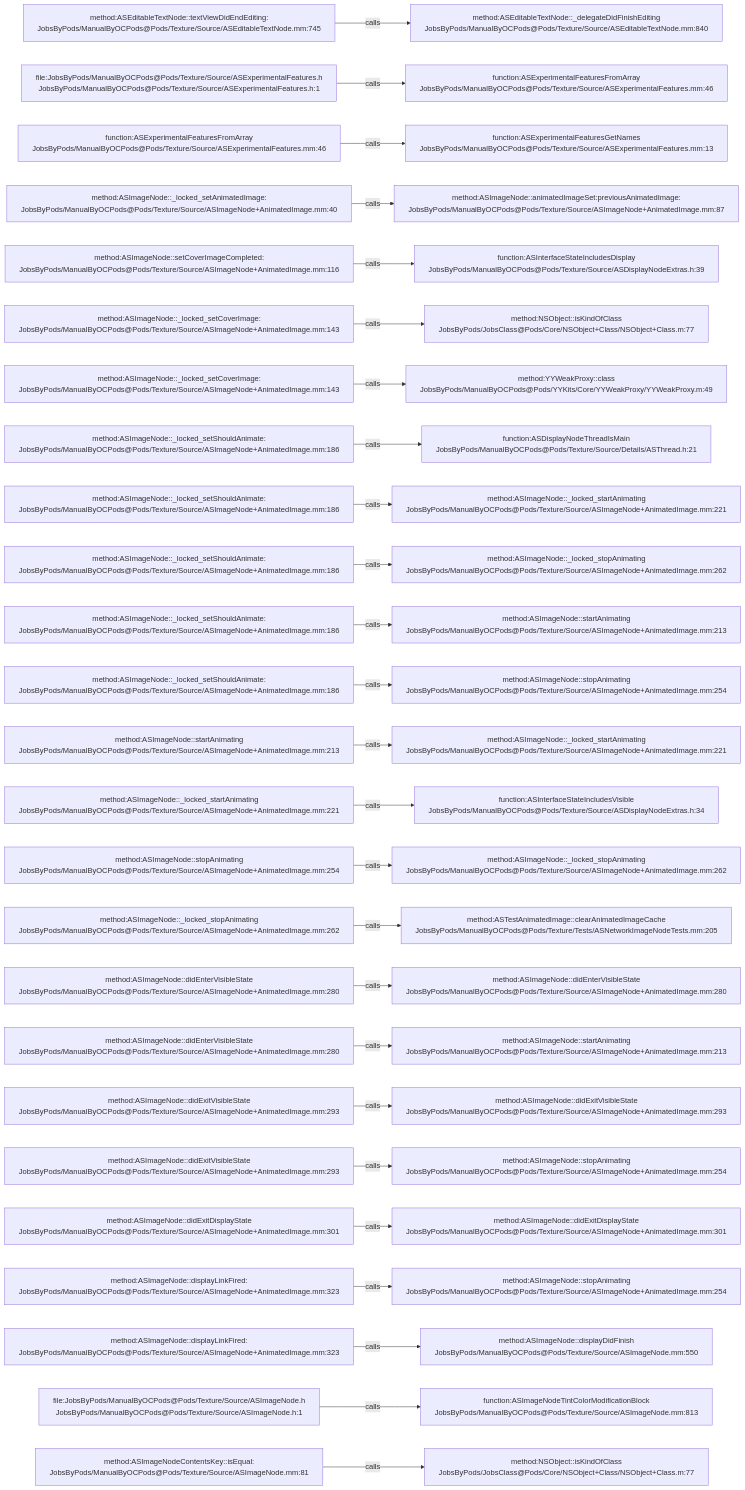
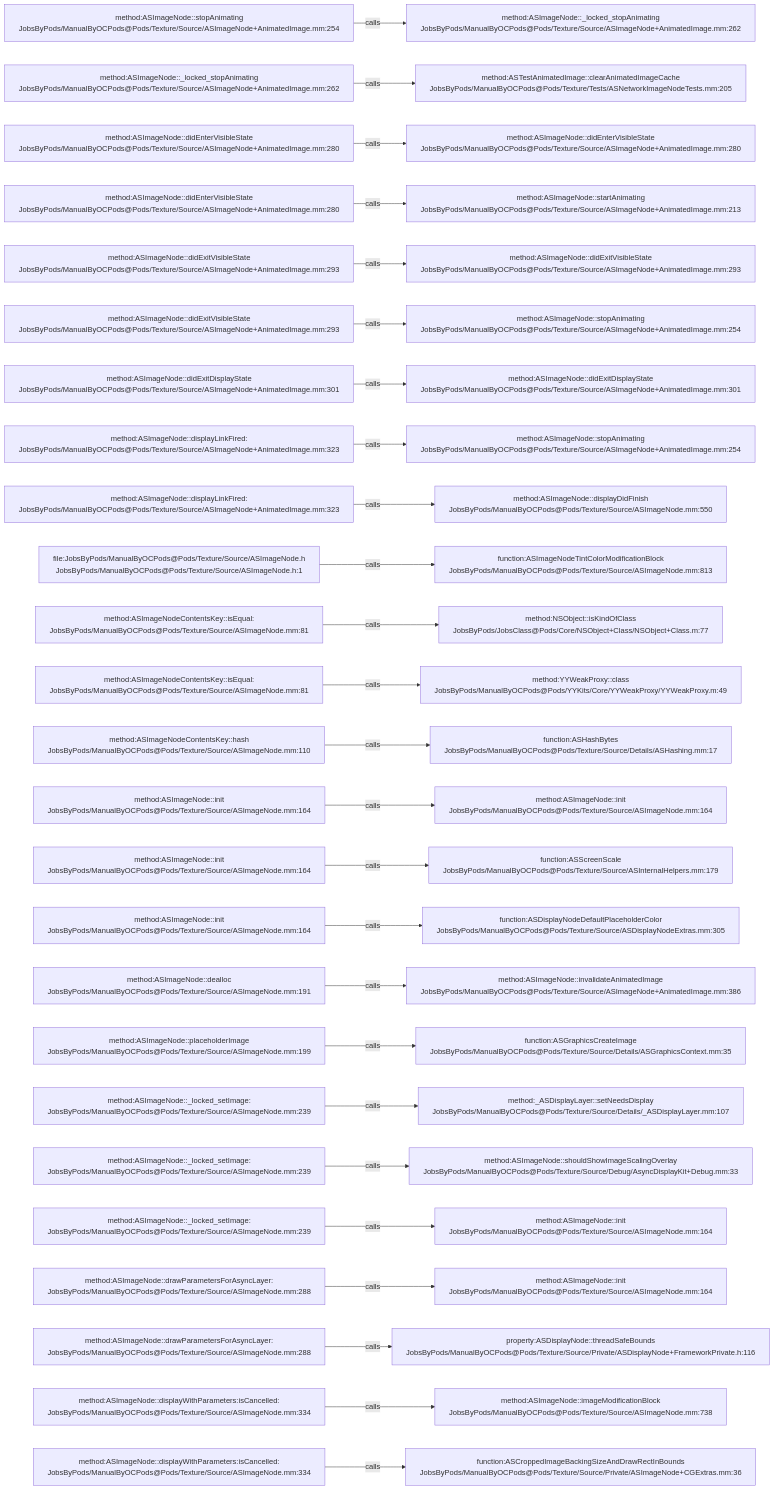
Before and after one commit to JobsKits/JobsOCBaseConfigDemo: the diagram in .codegraph/codegraph.md/graphs/calls-110.md, drawn with Mermaid. The commit also changed 296 other files, not shown here.

````diff
--- a/.codegraph/codegraph.md/graphs/calls-110.md
+++ b/.codegraph/codegraph.md/graphs/calls-110.md
@@ -13,78 +13,78 @@
 ```mermaid
 flowchart LR
-  S1["method:ASEditableTextNode::textViewDidEndEditing:<br/>JobsByPods/ManualByOCPods@Pods/Texture/Source/ASEditableTextNode.mm:745"]
-  T1["method:ASEditableTextNode::_delegateDidFinishEditing<br/>JobsByPods/ManualByOCPods@Pods/Texture/Source/ASEditableTextNode.mm:840"]
+  S1["method:ASImageNode::stopAnimating<br/>JobsByPods/ManualByOCPods@Pods/Texture/Source/ASImageNode+AnimatedImage.mm:254"]
+  T1["method:ASImageNode::_locked_stopAnimating<br/>JobsByPods/ManualByOCPods@Pods/Texture/Source/ASImageNode+AnimatedImage.mm:262"]
   S1 -->|calls| T1
-  S2["file:JobsByPods/ManualByOCPods@Pods/Texture/Source/ASExperimentalFeatures.h<br/>JobsByPods/ManualByOCPods@Pods/Texture/Source/ASExperimentalFeatures.h:1"]
-  T2["function:ASExperimentalFeaturesFromArray<br/>JobsByPods/ManualByOCPods@Pods/Texture/Source/ASExperimentalFeatures.mm:46"]
+  S2["method:ASImageNode::_locked_stopAnimating<br/>JobsByPods/ManualByOCPods@Pods/Texture/Source/ASImageNode+AnimatedImage.mm:262"]
+  T2["method:ASTestAnimatedImage::clearAnimatedImageCache<br/>JobsByPods/ManualByOCPods@Pods/Texture/Tests/ASNetworkImageNodeTests.mm:205"]
   S2 -->|calls| T2
-  S3["function:ASExperimentalFeaturesFromArray<br/>JobsByPods/ManualByOCPods@Pods/Texture/Source/ASExperimentalFeatures.mm:46"]
-  T3["function:ASExperimentalFeaturesGetNames<br/>JobsByPods/ManualByOCPods@Pods/Texture/Source/ASExperimentalFeatures.mm:13"]
+  S3["method:ASImageNode::didEnterVisibleState<br/>JobsByPods/ManualByOCPods@Pods/Texture/Source/ASImageNode+AnimatedImage.mm:280"]
+  T3["method:ASImageNode::didEnterVisibleState<br/>JobsByPods/ManualByOCPods@Pods/Texture/Source/ASImageNode+AnimatedImage.mm:280"]
   S3 -->|calls| T3
-  S4["method:ASImageNode::_locked_setAnimatedImage:<br/>JobsByPods/ManualByOCPods@Pods/Texture/Source/ASImageNode+AnimatedImage.mm:40"]
-  T4["method:ASImageNode::animatedImageSet:previousAnimatedImage:<br/>JobsByPods/ManualByOCPods@Pods/Texture/Source/ASImageNode+AnimatedImage.mm:87"]
+  S4["method:ASImageNode::didEnterVisibleState<br/>JobsByPods/ManualByOCPods@Pods/Texture/Source/ASImageNode+AnimatedImage.mm:280"]
+  T4["method:ASImageNode::startAnimating<br/>JobsByPods/ManualByOCPods@Pods/Texture/Source/ASImageNode+AnimatedImage.mm:213"]
   S4 -->|calls| T4
-  S5["method:ASImageNode::setCoverImageCompleted:<br/>JobsByPods/ManualByOCPods@Pods/Texture/Source/ASImageNode+AnimatedImage.mm:116"]
-  T5["function:ASInterfaceStateIncludesDisplay<br/>JobsByPods/ManualByOCPods@Pods/Texture/Source/ASDisplayNodeExtras.h:39"]
+  S5["method:ASImageNode::didExitVisibleState<br/>JobsByPods/ManualByOCPods@Pods/Texture/Source/ASImageNode+AnimatedImage.mm:293"]
+  T5["method:ASImageNode::didExitVisibleState<br/>JobsByPods/ManualByOCPods@Pods/Texture/Source/ASImageNode+AnimatedImage.mm:293"]
   S5 -->|calls| T5
-  S6["method:ASImageNode::_locked_setCoverImage:<br/>JobsByPods/ManualByOCPods@Pods/Texture/Source/ASImageNode+AnimatedImage.mm:143"]
-  T6["method:NSObject::isKindOfClass<br/>JobsByPods/JobsClass@Pods/Core/NSObject+Class/NSObject+Class.m:77"]
+  S6["method:ASImageNode::didExitVisibleState<br/>JobsByPods/ManualByOCPods@Pods/Texture/Source/ASImageNode+AnimatedImage.mm:293"]
+  T6["method:ASImageNode::stopAnimating<br/>JobsByPods/ManualByOCPods@Pods/Texture/Source/ASImageNode+AnimatedImage.mm:254"]
   S6 -->|calls| T6
-  S7["method:ASImageNode::_locked_setCoverImage:<br/>JobsByPods/ManualByOCPods@Pods/Texture/Source/ASImageNode+AnimatedImage.mm:143"]
-  T7["method:YYWeakProxy::class<br/>JobsByPods/ManualByOCPods@Pods/YYKits/Core/YYWeakProxy/YYWeakProxy.m:49"]
+  S7["method:ASImageNode::didExitDisplayState<br/>JobsByPods/ManualByOCPods@Pods/Texture/Source/ASImageNode+AnimatedImage.mm:301"]
+  T7["method:ASImageNode::didExitDisplayState<br/>JobsByPods/ManualByOCPods@Pods/Texture/Source/ASImageNode+AnimatedImage.mm:301"]
   S7 -->|calls| T7
-  S8["method:ASImageNode::_locked_setShouldAnimate:<br/>JobsByPods/ManualByOCPods@Pods/Texture/Source/ASImageNode+AnimatedImage.mm:186"]
-  T8["function:ASDisplayNodeThreadIsMain<br/>JobsByPods/ManualByOCPods@Pods/Texture/Source/Details/ASThread.h:21"]
+  S8["method:ASImageNode::displayLinkFired:<br/>JobsByPods/ManualByOCPods@Pods/Texture/Source/ASImageNode+AnimatedImage.mm:323"]
+  T8["method:ASImageNode::stopAnimating<br/>JobsByPods/ManualByOCPods@Pods/Texture/Source/ASImageNode+AnimatedImage.mm:254"]
   S8 -->|calls| T8
-  S9["method:ASImageNode::_locked_setShouldAnimate:<br/>JobsByPods/ManualByOCPods@Pods/Texture/Source/ASImageNode+AnimatedImage.mm:186"]
-  T9["method:ASImageNode::_locked_startAnimating<br/>JobsByPods/ManualByOCPods@Pods/Texture/Source/ASImageNode+AnimatedImage.mm:221"]
+  S9["method:ASImageNode::displayLinkFired:<br/>JobsByPods/ManualByOCPods@Pods/Texture/Source/ASImageNode+AnimatedImage.mm:323"]
+  T9["method:ASImageNode::displayDidFinish<br/>JobsByPods/ManualByOCPods@Pods/Texture/Source/ASImageNode.mm:550"]
   S9 -->|calls| T9
-  S10["method:ASImageNode::_locked_setShouldAnimate:<br/>JobsByPods/ManualByOCPods@Pods/Texture/Source/ASImageNode+AnimatedImage.mm:186"]
-  T10["method:ASImageNode::_locked_stopAnimating<br/>JobsByPods/ManualByOCPods@Pods/Texture/Source/ASImageNode+AnimatedImage.mm:262"]
+  S10["file:JobsByPods/ManualByOCPods@Pods/Texture/Source/ASImageNode.h<br/>JobsByPods/ManualByOCPods@Pods/Texture/Source/ASImageNode.h:1"]
+  T10["function:ASImageNodeTintColorModificationBlock<br/>JobsByPods/ManualByOCPods@Pods/Texture/Source/ASImageNode.mm:813"]
   S10 -->|calls| T10
-  S11["method:ASImageNode::_locked_setShouldAnimate:<br/>JobsByPods/ManualByOCPods@Pods/Texture/Source/ASImageNode+AnimatedImage.mm:186"]
-  T11["method:ASImageNode::startAnimating<br/>JobsByPods/ManualByOCPods@Pods/Texture/Source/ASImageNode+AnimatedImage.mm:213"]
+  S11["method:ASImageNodeContentsKey::isEqual:<br/>JobsByPods/ManualByOCPods@Pods/Texture/Source/ASImageNode.mm:81"]
+  T11["method:NSObject::isKindOfClass<br/>JobsByPods/JobsClass@Pods/Core/NSObject+Class/NSObject+Class.m:77"]
   S11 -->|calls| T11
-  S12["method:ASImageNode::_locked_setShouldAnimate:<br/>JobsByPods/ManualByOCPods@Pods/Texture/Source/ASImageNode+AnimatedImage.mm:186"]
-  T12["method:ASImageNode::stopAnimating<br/>JobsByPods/ManualByOCPods@Pods/Texture/Source/ASImageNode+AnimatedImage.mm:254"]
+  S12["method:ASImageNodeContentsKey::isEqual:<br/>JobsByPods/ManualByOCPods@Pods/Texture/Source/ASImageNode.mm:81"]
+  T12["method:YYWeakProxy::class<br/>JobsByPods/ManualByOCPods@Pods/YYKits/Core/YYWeakProxy/YYWeakProxy.m:49"]
   S12 -->|calls| T12
-  S13["method:ASImageNode::startAnimating<br/>JobsByPods/ManualByOCPods@Pods/Texture/Source/ASImageNode+AnimatedImage.mm:213"]
-  T13["method:ASImageNode::_locked_startAnimating<br/>JobsByPods/ManualByOCPods@Pods/Texture/Source/ASImageNode+AnimatedImage.mm:221"]
+  S13["method:ASImageNodeContentsKey::hash<br/>JobsByPods/ManualByOCPods@Pods/Texture/Source/ASImageNode.mm:110"]
+  T13["function:ASHashBytes<br/>JobsByPods/ManualByOCPods@Pods/Texture/Source/Details/ASHashing.mm:17"]
   S13 -->|calls| T13
-  S14["method:ASImageNode::_locked_startAnimating<br/>JobsByPods/ManualByOCPods@Pods/Texture/Source/ASImageNode+AnimatedImage.mm:221"]
-  T14["function:ASInterfaceStateIncludesVisible<br/>JobsByPods/ManualByOCPods@Pods/Texture/Source/ASDisplayNodeExtras.h:34"]
+  S14["method:ASImageNode::init<br/>JobsByPods/ManualByOCPods@Pods/Texture/Source/ASImageNode.mm:164"]
+  T14["method:ASImageNode::init<br/>JobsByPods/ManualByOCPods@Pods/Texture/Source/ASImageNode.mm:164"]
   S14 -->|calls| T14
-  S15["method:ASImageNode::stopAnimating<br/>JobsByPods/ManualByOCPods@Pods/Texture/Source/ASImageNode+AnimatedImage.mm:254"]
-  T15["method:ASImageNode::_locked_stopAnimating<br/>JobsByPods/ManualByOCPods@Pods/Texture/Source/ASImageNode+AnimatedImage.mm:262"]
+  S15["method:ASImageNode::init<br/>JobsByPods/ManualByOCPods@Pods/Texture/Source/ASImageNode.mm:164"]
+  T15["function:ASScreenScale<br/>JobsByPods/ManualByOCPods@Pods/Texture/Source/ASInternalHelpers.mm:179"]
   S15 -->|calls| T15
-  S16["method:ASImageNode::_locked_stopAnimating<br/>JobsByPods/ManualByOCPods@Pods/Texture/Source/ASImageNode+AnimatedImage.mm:262"]
-  T16["method:ASTestAnimatedImage::clearAnimatedImageCache<br/>JobsByPods/ManualByOCPods@Pods/Texture/Tests/ASNetworkImageNodeTests.mm:205"]
+  S16["method:ASImageNode::init<br/>JobsByPods/ManualByOCPods@Pods/Texture/Source/ASImageNode.mm:164"]
+  T16["function:ASDisplayNodeDefaultPlaceholderColor<br/>JobsByPods/ManualByOCPods@Pods/Texture/Source/ASDisplayNodeExtras.mm:305"]
   S16 -->|calls| T16
-  S17["method:ASImageNode::didEnterVisibleState<br/>JobsByPods/ManualByOCPods@Pods/Texture/Source/ASImageNode+AnimatedImage.mm:280"]
-  T17["method:ASImageNode::didEnterVisibleState<br/>JobsByPods/ManualByOCPods@Pods/Texture/Source/ASImageNode+AnimatedImage.mm:280"]
+  S17["method:ASImageNode::dealloc<br/>JobsByPods/ManualByOCPods@Pods/Texture/Source/ASImageNode.mm:191"]
+  T17["method:ASImageNode::invalidateAnimatedImage<br/>JobsByPods/ManualByOCPods@Pods/Texture/Source/ASImageNode+AnimatedImage.mm:386"]
   S17 -->|calls| T17
-  S18["method:ASImageNode::didEnterVisibleState<br/>JobsByPods/ManualByOCPods@Pods/Texture/Source/ASImageNode+AnimatedImage.mm:280"]
-  T18["method:ASImageNode::startAnimating<br/>JobsByPods/ManualByOCPods@Pods/Texture/Source/ASImageNode+AnimatedImage.mm:213"]
+  S18["method:ASImageNode::placeholderImage<br/>JobsByPods/ManualByOCPods@Pods/Texture/Source/ASImageNode.mm:199"]
+  T18["function:ASGraphicsCreateImage<br/>JobsByPods/ManualByOCPods@Pods/Texture/Source/Details/ASGraphicsContext.mm:35"]
   S18 -->|calls| T18
-  S19["method:ASImageNode::didExitVisibleState<br/>JobsByPods/ManualByOCPods@Pods/Texture/Source/ASImageNode+AnimatedImage.mm:293"]
-  T19["method:ASImageNode::didExitVisibleState<br/>JobsByPods/ManualByOCPods@Pods/Texture/Source/ASImageNode+AnimatedImage.mm:293"]
+  S19["method:ASImageNode::_locked_setImage:<br/>JobsByPods/ManualByOCPods@Pods/Texture/Source/ASImageNode.mm:239"]
+  T19["method:_ASDisplayLayer::setNeedsDisplay<br/>JobsByPods/ManualByOCPods@Pods/Texture/Source/Details/_ASDisplayLayer.mm:107"]
   S19 -->|calls| T19
-  S20["method:ASImageNode::didExitVisibleState<br/>JobsByPods/ManualByOCPods@Pods/Texture/Source/ASImageNode+AnimatedImage.mm:293"]
-  T20["method:ASImageNode::stopAnimating<br/>JobsByPods/ManualByOCPods@Pods/Texture/Source/ASImageNode+AnimatedImage.mm:254"]
+  S20["method:ASImageNode::_locked_setImage:<br/>JobsByPods/ManualByOCPods@Pods/Texture/Source/ASImageNode.mm:239"]
+  T20["method:ASImageNode::shouldShowImageScalingOverlay<br/>JobsByPods/ManualByOCPods@Pods/Texture/Source/Debug/AsyncDisplayKit+Debug.mm:33"]
   S20 -->|calls| T20
-  S21["method:ASImageNode::didExitDisplayState<br/>JobsByPods/ManualByOCPods@Pods/Texture/Source/ASImageNode+AnimatedImage.mm:301"]
-  T21["method:ASImageNode::didExitDisplayState<br/>JobsByPods/ManualByOCPods@Pods/Texture/Source/ASImageNode+AnimatedImage.mm:301"]
+  S21["method:ASImageNode::_locked_setImage:<br/>JobsByPods/ManualByOCPods@Pods/Texture/Source/ASImageNode.mm:239"]
+  T21["method:ASImageNode::init<br/>JobsByPods/ManualByOCPods@Pods/Texture/Source/ASImageNode.mm:164"]
   S21 -->|calls| T21
-  S22["method:ASImageNode::displayLinkFired:<br/>JobsByPods/ManualByOCPods@Pods/Texture/Source/ASImageNode+AnimatedImage.mm:323"]
-  T22["method:ASImageNode::stopAnimating<br/>JobsByPods/ManualByOCPods@Pods/Texture/Source/ASImageNode+AnimatedImage.mm:254"]
+  S22["method:ASImageNode::drawParametersForAsyncLayer:<br/>JobsByPods/ManualByOCPods@Pods/Texture/Source/ASImageNode.mm:288"]
+  T22["method:ASImageNode::init<br/>JobsByPods/ManualByOCPods@Pods/Texture/Source/ASImageNode.mm:164"]
   S22 -->|calls| T22
-  S23["method:ASImageNode::displayLinkFired:<br/>JobsByPods/ManualByOCPods@Pods/Texture/Source/ASImageNode+AnimatedImage.mm:323"]
-  T23["method:ASImageNode::displayDidFinish<br/>JobsByPods/ManualByOCPods@Pods/Texture/Source/ASImageNode.mm:550"]
+  S23["method:ASImageNode::drawParametersForAsyncLayer:<br/>JobsByPods/ManualByOCPods@Pods/Texture/Source/ASImageNode.mm:288"]
+  T23["property:ASDisplayNode::threadSafeBounds<br/>JobsByPods/ManualByOCPods@Pods/Texture/Source/Private/ASDisplayNode+FrameworkPrivate.h:116"]
   S23 -->|calls| T23
-  S24["file:JobsByPods/ManualByOCPods@Pods/Texture/Source/ASImageNode.h<br/>JobsByPods/ManualByOCPods@Pods/Texture/Source/ASImageNode.h:1"]
-  T24["function:ASImageNodeTintColorModificationBlock<br/>JobsByPods/ManualByOCPods@Pods/Texture/Source/ASImageNode.mm:813"]
+  S24["method:ASImageNode::displayWithParameters:isCancelled:<br/>JobsByPods/ManualByOCPods@Pods/Texture/Source/ASImageNode.mm:334"]
+  T24["method:ASImageNode::imageModificationBlock<br/>JobsByPods/ManualByOCPods@Pods/Texture/Source/ASImageNode.mm:738"]
   S24 -->|calls| T24
-  S25["method:ASImageNodeContentsKey::isEqual:<br/>JobsByPods/ManualByOCPods@Pods/Texture/Source/ASImageNode.mm:81"]
-  T25["method:NSObject::isKindOfClass<br/>JobsByPods/JobsClass@Pods/Core/NSObject+Class/NSObject+Class.m:77"]
+  S25["method:ASImageNode::displayWithParameters:isCancelled:<br/>JobsByPods/ManualByOCPods@Pods/Texture/Source/ASImageNode.mm:334"]
+  T25["function:ASCroppedImageBackingSizeAndDrawRectInBounds<br/>JobsByPods/ManualByOCPods@Pods/Texture/Source/Private/ASImageNode+CGExtras.mm:36"]
   S25 -->|calls| T25
 ```
````
